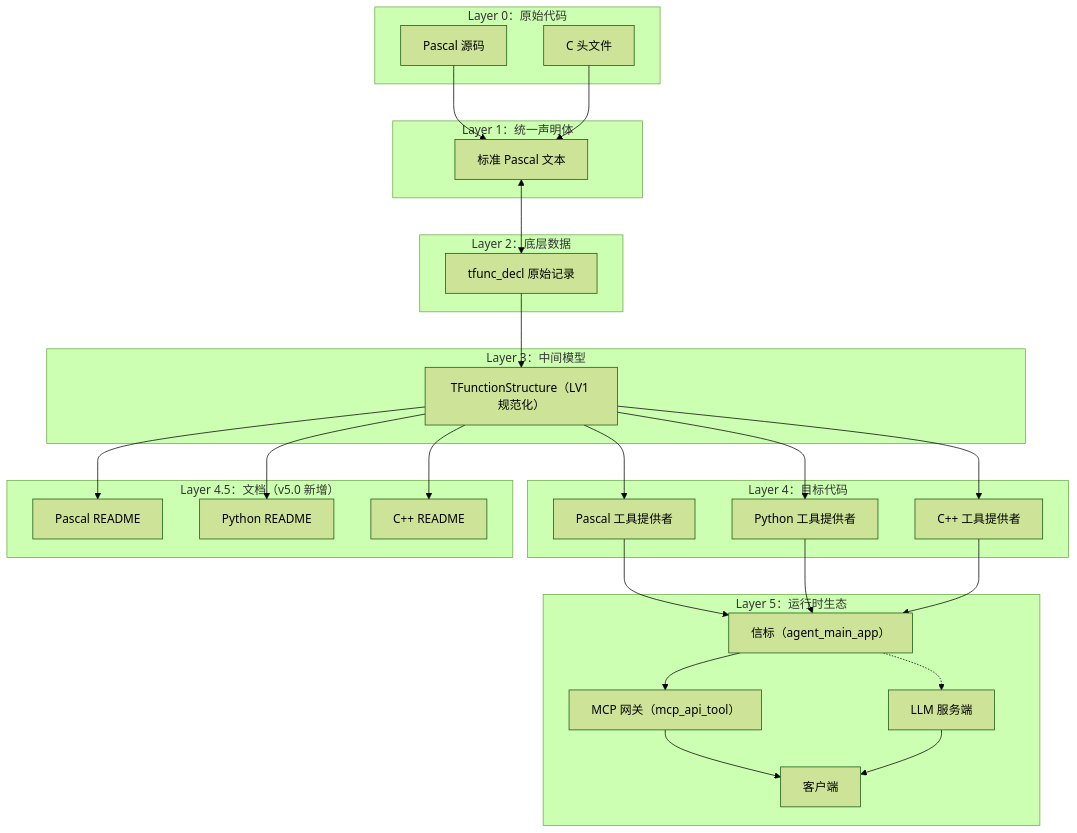
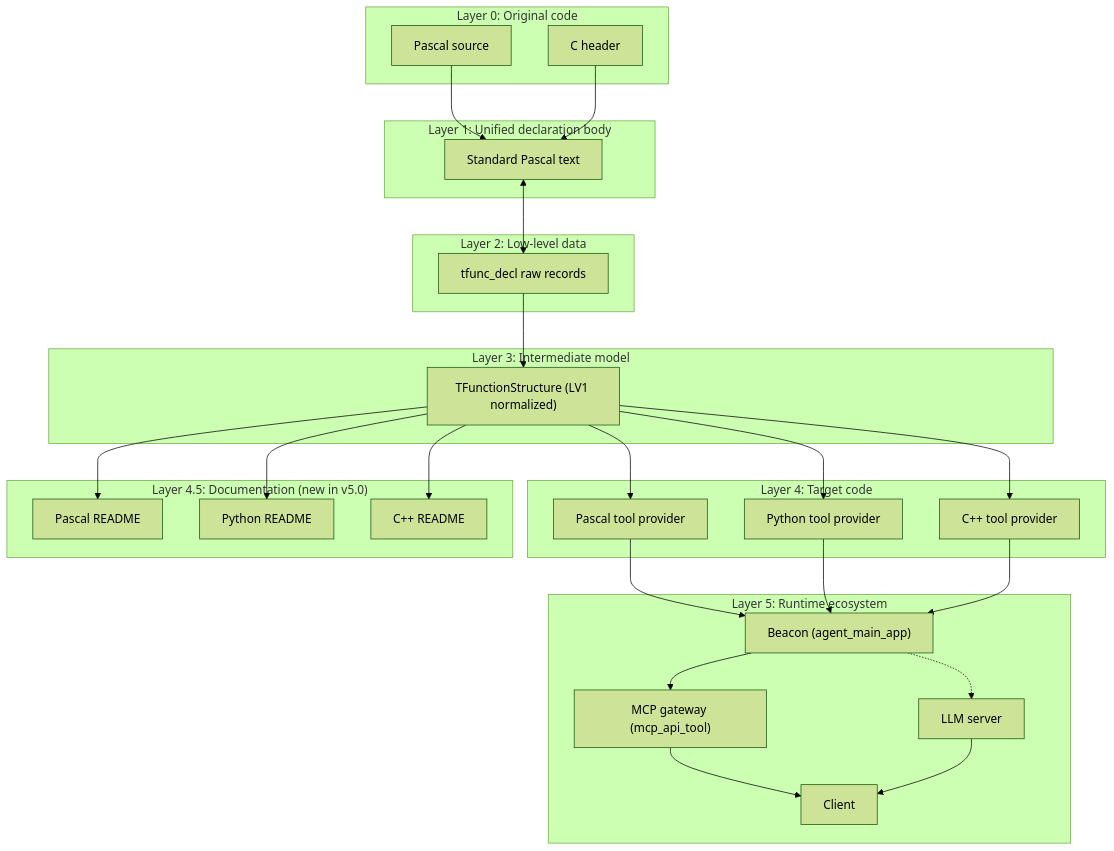
The first of 15 diagrams in src/pascal_c_to_mcp/code_decl_to_mcp_knowledge_base.md (PassByYou888/LingoFuse-Tools), drawn with Mermaid (forest theme) before and after one commit. The commit also changed other lines of this file, not shown here.

````diff
--- a/src/pascal_c_to_mcp/code_decl_to_mcp_knowledge_base.md
+++ b/src/pascal_c_to_mcp/code_decl_to_mcp_knowledge_base.md
@@ -52,56 +52,56 @@
 ```mermaid
 flowchart TB
-    subgraph L0["Layer 0：原始代码"]
-        A1["Pascal 源码"]
-        A2["C 头文件"]
+    subgraph L0["Layer 0: Original code"]
+        A1["Pascal source"]
+        A2["C header"]
     end
 
-    subgraph L1["Layer 1：统一声明体"]
-        B["标准 Pascal 文本"]
+    subgraph L1["Layer 1: Unified declaration body"]
+        B["Standard Pascal text"]
     end
 
-    subgraph L2["Layer 2：底层数据"]
-        C["tfunc_decl 原始记录"]
+    subgraph L2["Layer 2: Low-level data"]
+        C["tfunc_decl raw records"]
     end
 
-    subgraph L3["Layer 3：中间模型"]
-        D["TFunctionStructure（LV1 规范化）"]
+    subgraph L3["Layer 3: Intermediate model"]
+        D["TFunctionStructure (LV1 normalized)"]
     end
 
-    subgraph L4["Layer 4：目标代码"]
-        E1["Pascal 工具提供者"]
-        E2["Python 工具提供者"]
-        E3["C++ 工具提供者"]
+    subgraph L4["Layer 4: Target code"]
+        E1["Pascal tool provider"]
+        E2["Python tool provider"]
+        E3["C++ tool provider"]
     end
 
-    subgraph L45["Layer 4.5：文档（v5.0 新增）"]
+    subgraph L45["Layer 4.5: Documentation (new in v5.0)"]
         R1["Pascal README"]
         R2["Python README"]
         R3["C++ README"]
     end
 
-    subgraph L5["Layer 5：运行时生态"]
-        F1["信标（agent_main_app）"]
-        F2["MCP 网关（mcp_api_tool）"]
-        F3["LLM 服务端"]
-        F4["客户端"]
+    subgraph L5["Layer 5: Runtime ecosystem"]
+        F1["Beacon (agent_main_app)"]
+        F2["MCP gateway (mcp_api_tool)"]
+        F3["LLM server"]
+        F4["Client"]
     end
 
     A1 --> B
     A2 --> B
     B <--> C
     C --> D
     D --> E1
     D --> E2
     D --> E3
     D --> R1
     D --> R2
     D --> R3
     E1 --> F1
     E2 --> F1
     E3 --> F1
     F1 --> F2
     F2 --> F4
     F3 --> F4
     F1 -.-> F3
 ```
````
